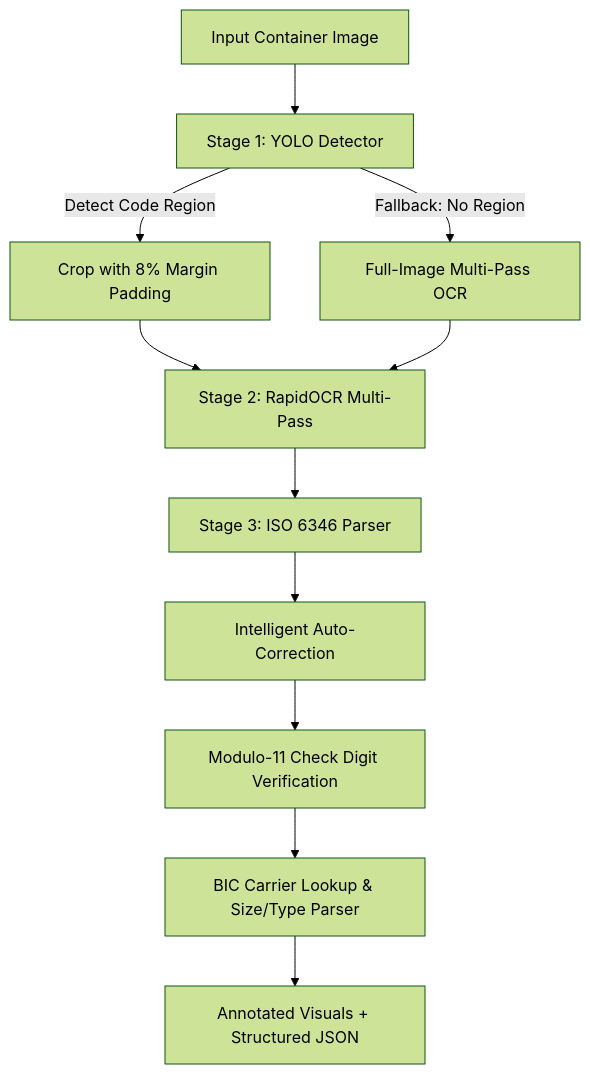
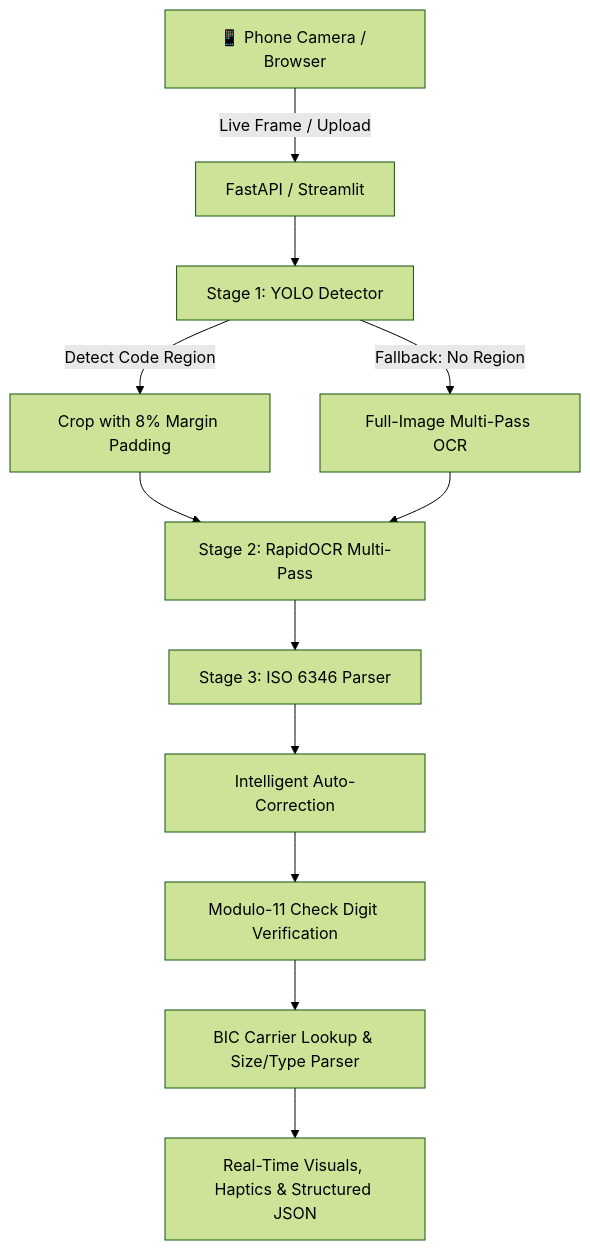
One commit to duchoa56819/ContainerNumberRecognize changed the diagram in README.md. Above: the diagram before and after it, drawn with Mermaid (forest theme). The commit also changed other lines of this file and 5 other files, not shown here.

Commit message:
feat: Add mobile phone camera scanner web app with real-time viewfinder, auto-scan, and audio haptics

````diff
--- a/README.md
+++ b/README.md
@@ -24,13 +71,14 @@
 ```mermaid
 flowchart TD
-    Input[Input Container Image] --> Stage1[Stage 1: YOLO Detector]
+    Phone[📱 Phone Camera / Browser] -->|Live Frame / Upload| API[FastAPI / Streamlit]
+    API --> Stage1[Stage 1: YOLO Detector]
     Stage1 -->|Detect Code Region| Crop[Crop with 8% Margin Padding]
     Stage1 -->|Fallback: No Region| FullScan[Full-Image Multi-Pass OCR]
     Crop --> Stage2[Stage 2: RapidOCR Multi-Pass]
     FullScan --> Stage2
     Stage2 --> Stage3[Stage 3: ISO 6346 Parser]
     Stage3 --> AutoCorrect[Intelligent Auto-Correction]
     AutoCorrect --> Modulo11[Modulo-11 Check Digit Verification]
     Modulo11 --> BIC[BIC Carrier Lookup & Size/Type Parser]
-    BIC --> Output[Annotated Visuals + Structured JSON]
+    BIC --> Output[Real-Time Visuals, Haptics & Structured JSON]
 ```
````
